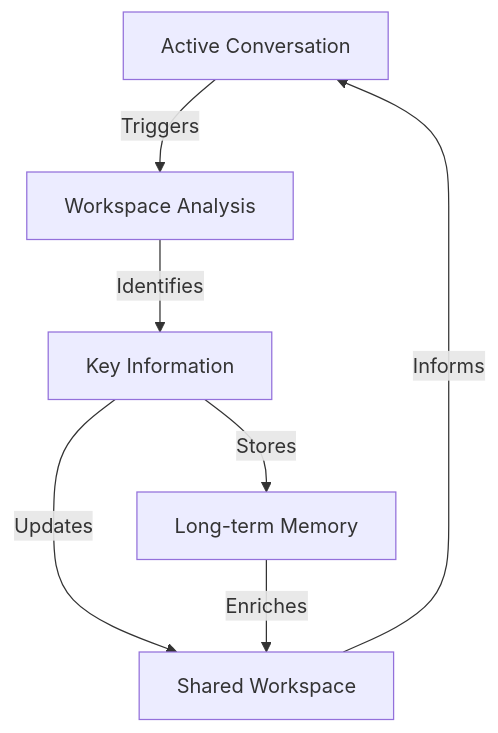
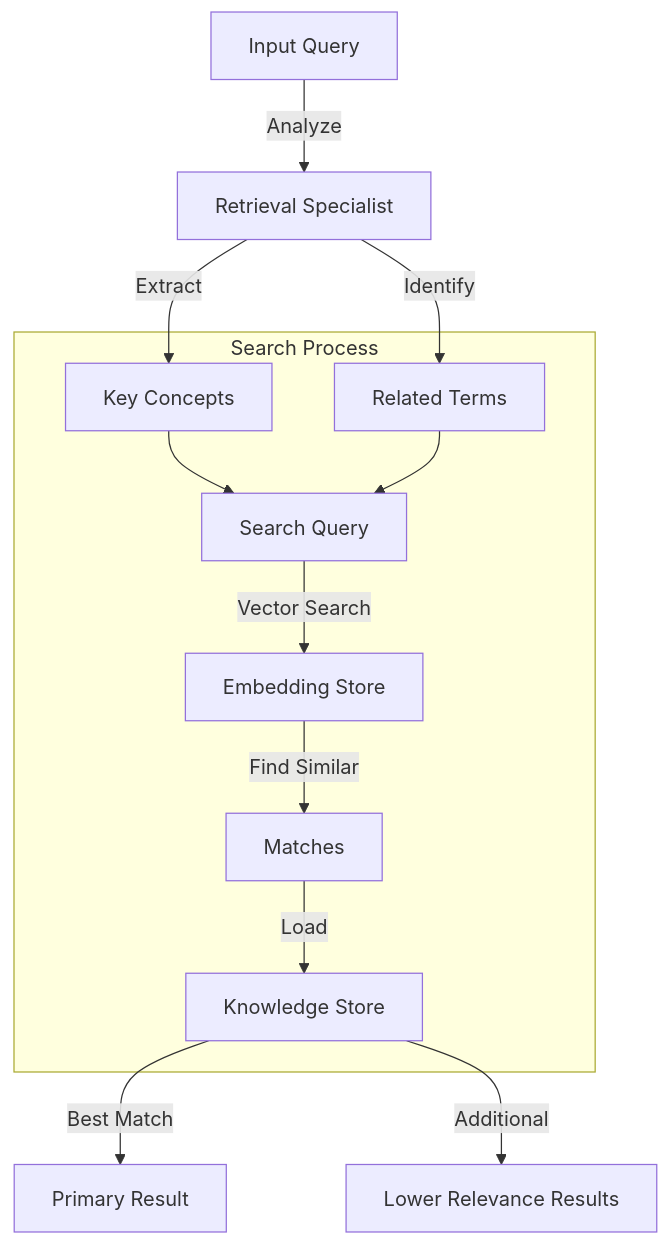
One commit to c5sire/Engineering-Cognitive-AI-Agents changed the second of 4 diagrams in docs/book/ch04.md. Above: the diagram before and after it, drawn with Mermaid. The commit also changed other lines of this file and 34 other files, not shown here.

````diff
--- a/docs/book/ch04.md
+++ b/docs/book/ch04.md
@@ -557,9 +730,17 @@
 ```mermaid
 graph TD
-    A[Active Conversation] -->|Triggers| B[Workspace Analysis]
-    B -->|Identifies| C[Key Information]
-    C -->|Updates| D[Shared Workspace]
-    C -->|Stores| E[Long-term Memory]
-    E -->|Enriches| D
-    D -->|Informs| A
+    I[Input Query] -->|Analyze| RS[Retrieval Specialist]
+    RS -->|Extract| KC[Key Concepts]
+    RS -->|Identify| RT[Related Terms]
+
+    subgraph "Search Process"
+        KC --> SQ[Search Query]
+        RT --> SQ
+        SQ -->|Vector Search| ES[Embedding Store]
+        ES -->|Find Similar| M[Matches]
+        M -->|Load| KS[Knowledge Store]
+    end
+
+    KS -->|Best Match| R[Primary Result]
+    KS -->|Additional| LR[Lower Relevance Results]
 ```
````
